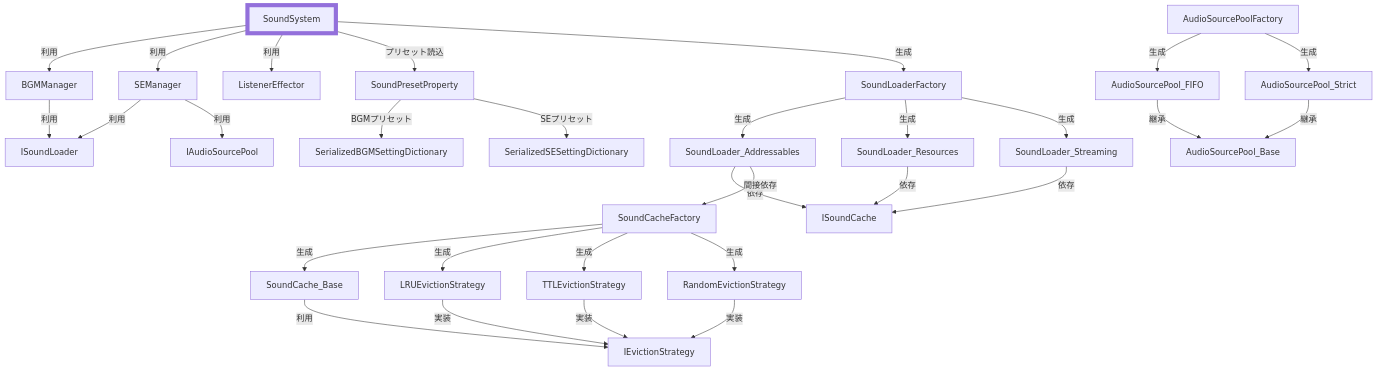
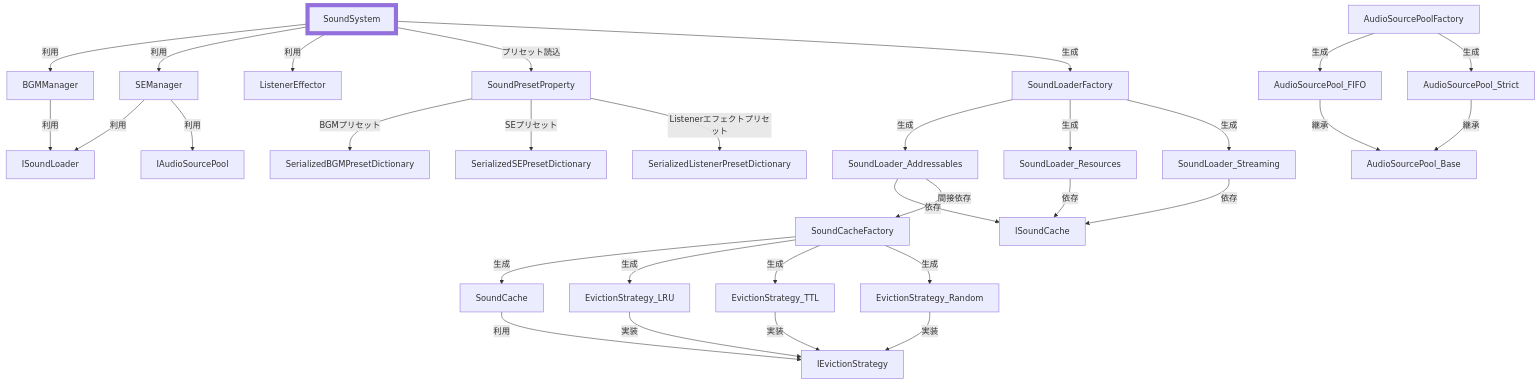
Before and after one commit to SunagimoOisii/SoundSystemPlugin_ForUnity: the diagram in README.md, drawn with Mermaid.

Commit message:
docs: クラス図を最新状態に更新

````diff
--- a/README.md
+++ b/README.md
@@ -95,70 +95,72 @@
 ```mermaid
 graph
 
 %% API
 classDef highlight stroke-width:8px
 SoundSystem:::highlight
 SoundPresetProperty
-SerializedBGMSettingDictionary
-SerializedSESettingDictionary
+SerializedBGMPresetDictionary
+SerializedSEPresetDictionary
+SerializedListenerPresetDictionary
 
 %% Player
 BGMManager
 SEManager
 ListenerEffector
 
 %% Loader & Cache
 ISoundLoader
 SoundLoader_Addressables
 SoundLoader_Resources
 SoundLoader_Streaming
 SoundLoaderFactory
 ISoundCache
-SoundCache_Base
+SoundCache
 IEvictionStrategy
-LRUEvictionStrategy
-TTLEvictionStrategy
-RandomEvictionStrategy
+EvictionStrategy_LRU
+EvictionStrategy_TTL
+EvictionStrategy_Random
 SoundCacheFactory
 
 %% Pool
 IAudioSourcePool
 AudioSourcePool_Base
 AudioSourcePool_FIFO
 AudioSourcePool_Strict
 AudioSourcePoolFactory
 
 %% Relations
 SoundSystem -->|利用| BGMManager
 SoundSystem -->|利用| SEManager
 SoundSystem -->|利用| ListenerEffector
 SoundSystem -->|プリセット読込| SoundPresetProperty
 SoundSystem -->|生成| SoundLoaderFactory
 SoundLoaderFactory -->|生成| SoundLoader_Addressables
 SoundLoaderFactory -->|生成| SoundLoader_Resources
 SoundLoaderFactory -->|生成| SoundLoader_Streaming
 SoundLoader_Addressables -->|依存| ISoundCache
 SoundLoader_Resources -->|依存| ISoundCache
 SoundLoader_Streaming -->|依存| ISoundCache
 SoundLoader_Addressables -->|間接依存| SoundCacheFactory
 BGMManager -->|利用| ISoundLoader
 SEManager -->|利用| ISoundLoader
 SEManager -->|利用| IAudioSourcePool
 
-SoundCacheFactory -->|生成| SoundCache_Base
-SoundCacheFactory -->|生成| LRUEvictionStrategy
-SoundCacheFactory -->|生成| TTLEvictionStrategy
-SoundCacheFactory -->|生成| RandomEvictionStrategy
-SoundCache_Base -->|利用| IEvictionStrategy
-LRUEvictionStrategy -->|実装| IEvictionStrategy
-TTLEvictionStrategy -->|実装| IEvictionStrategy
-RandomEvictionStrategy -->|実装| IEvictionStrategy
+SoundCacheFactory -->|生成| SoundCache
+SoundCacheFactory -->|生成| EvictionStrategy_LRU
+SoundCacheFactory -->|生成| EvictionStrategy_TTL
+SoundCacheFactory -->|生成| EvictionStrategy_Random
+SoundCache -->|利用| IEvictionStrategy
+EvictionStrategy_LRU -->|実装| IEvictionStrategy
+EvictionStrategy_TTL -->|実装| IEvictionStrategy
+EvictionStrategy_Random -->|実装| IEvictionStrategy
 
 AudioSourcePoolFactory -->|生成| AudioSourcePool_FIFO
 AudioSourcePoolFactory -->|生成| AudioSourcePool_Strict
 AudioSourcePool_FIFO -->|継承| AudioSourcePool_Base
 AudioSourcePool_Strict -->|継承| AudioSourcePool_Base
 
-SoundPresetProperty -->|BGMプリセット| SerializedBGMSettingDictionary
-SoundPresetProperty -->|SEプリセット| SerializedSESettingDictionary
+SoundPresetProperty -->|BGMプリセット| SerializedBGMPresetDictionary
+SoundPresetProperty -->|SEプリセット| SerializedSEPresetDictionary
+SoundPresetProperty -->|Listenerエフェクトプリセット| SerializedListenerPresetDictionary
 ```
````
